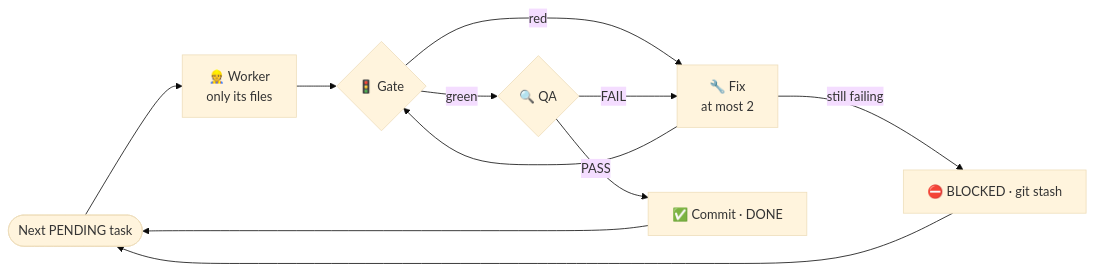
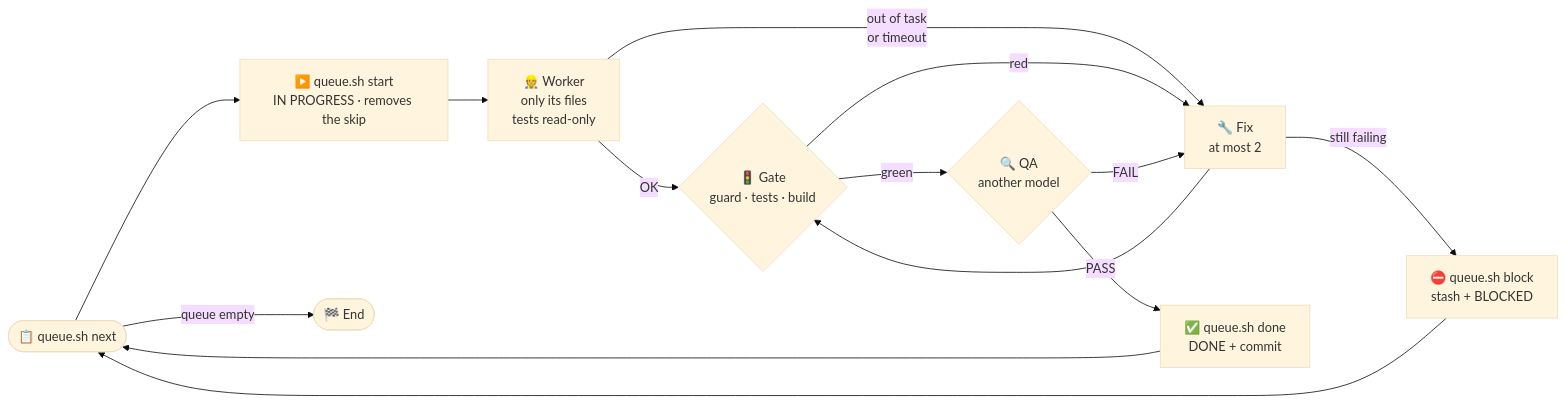
The second of 2 diagrams in README.md (Aresdgi/unattended-dev), drawn with Mermaid (base theme) before and after one commit. The commit also changed other lines of this file and 1 other file, not shown here.

First line of the commit message:
README: per-task diagram and wording up to date with 8.4

````diff
--- a/README.md
+++ b/README.md
@@ -165,13 +167,16 @@
 ```mermaid
 flowchart LR
-  P(["Next PENDING task"]) --> W["👷 Worker<br/>only its files"]
-  W --> G{"🚦 Gate"}
-  G -- green --> Q{"🔍 QA"}
-  G -- red --> R["🔧 Fix<br/>at most 2"]
+  N(["📋 queue.sh next"]) --> S["▶️ queue.sh start<br/>IN PROGRESS · removes the skip"]
+  S --> W["👷 Worker<br/>only its files<br/>tests read-only"]
+  W -- OK --> G{"🚦 Gate<br/>guard · tests · build"}
+  W -- "out of task<br/>or timeout" --> R["🔧 Fix<br/>at most 2"]
+  G -- green --> Q{"🔍 QA<br/>another model"}
+  G -- red --> R
   Q -- FAIL --> R
   R --> G
-  Q -- PASS --> H["✅ Commit · DONE"]
-  R -- "still failing" --> X["⛔ BLOCKED · git stash"]
-  H --> P
-  X --> P
+  Q -- PASS --> H["✅ queue.sh done<br/>DONE + commit"]
+  R -- "still failing" --> X["⛔ queue.sh block<br/>stash + BLOCKED"]
+  H --> N
+  X --> N
+  N -- "queue empty" --> F(["🏁 End"])
 ```
````
